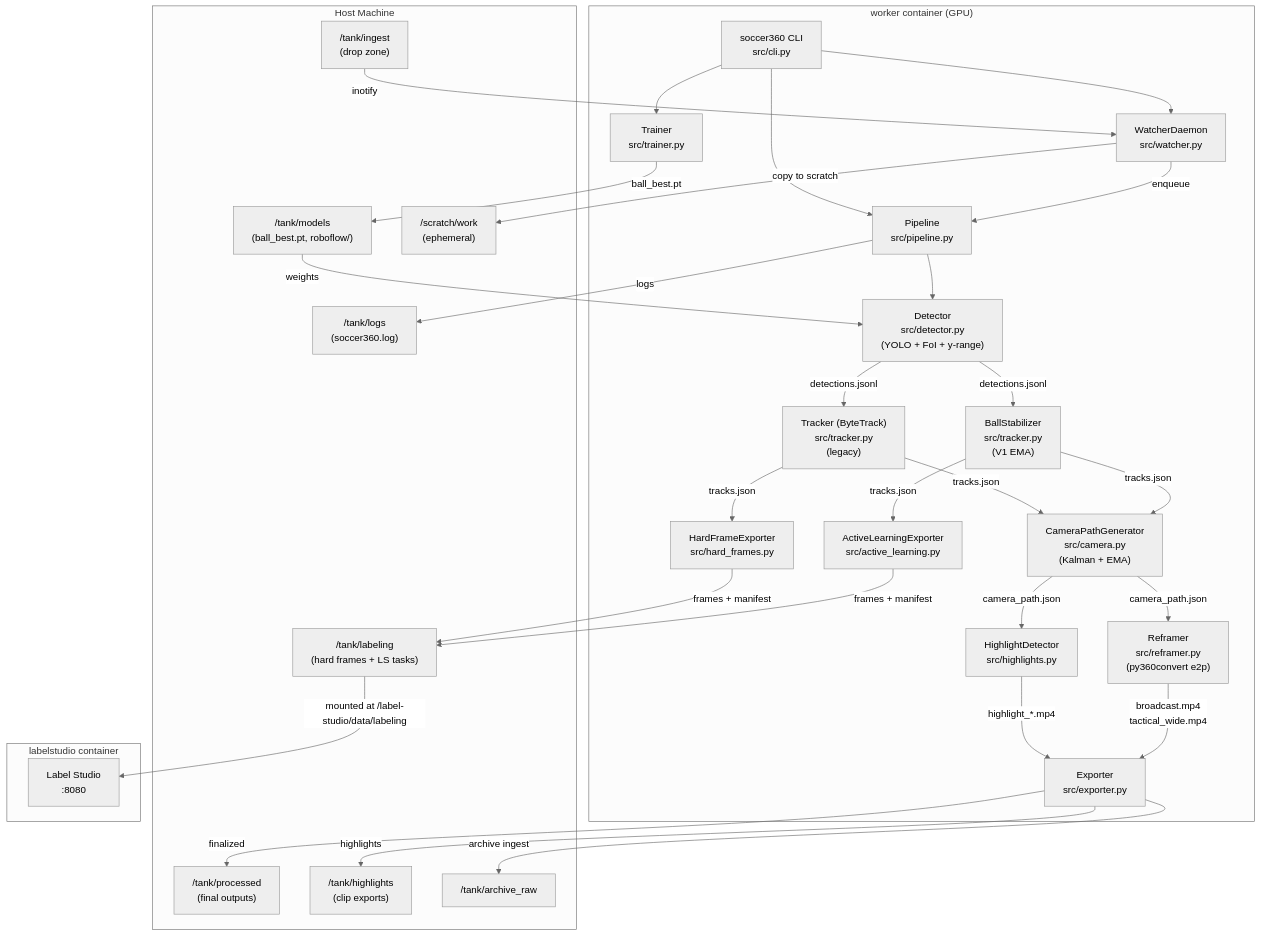
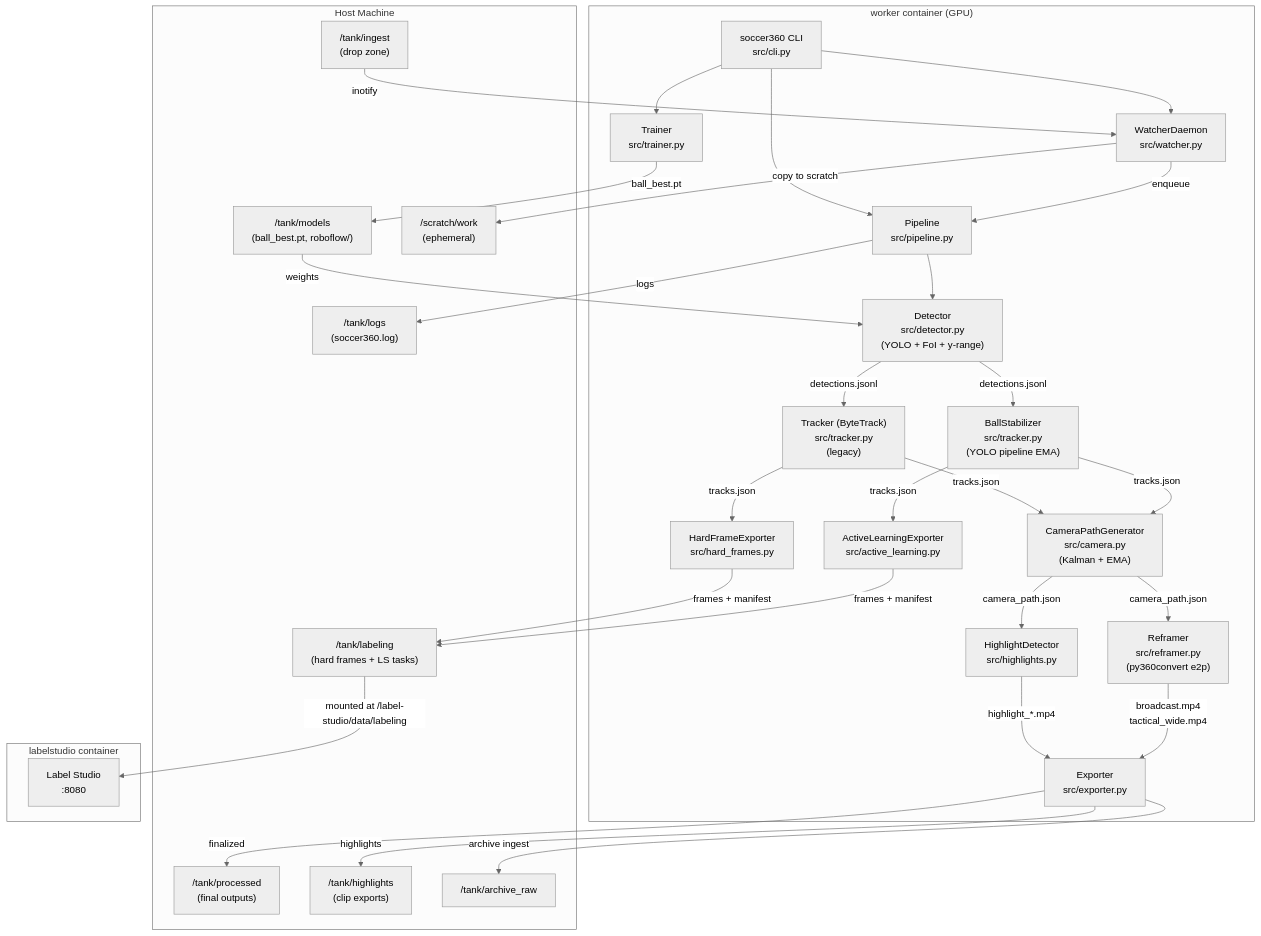
Before and after one commit to humac/soccer360: the first of 2 diagrams in docs/final_functional_review.md, drawn with Mermaid (neutral theme). The commit also changed other lines of this file and 8 other files, not shown here.

Commit message:
Rename V1 detection docs to YOLO Detection Pipeline

````diff
--- a/docs/final_functional_review.md
+++ b/docs/final_functional_review.md
@@ -107,62 +107,62 @@
 ```mermaid
 flowchart TB
     subgraph Host[Host Machine]
         ingest["/tank/ingest\n(drop zone)"]
         models["/tank/models\n(ball_best.pt, roboflow/)"]
         processed["/tank/processed\n(final outputs)"]
         highlights_vol["/tank/highlights\n(clip exports)"]
         labeling_vol["/tank/labeling\n(hard frames + LS tasks)"]
         archive["/tank/archive_raw"]
         logs["/tank/logs\n(soccer360.log)"]
         scratch["/scratch/work\n(ephemeral)"]
     end
 
     subgraph Worker["worker container (GPU)"]
         CLI["soccer360 CLI\nsrc/cli.py"]
         Watcher["WatcherDaemon\nsrc/watcher.py"]
         Pipeline["Pipeline\nsrc/pipeline.py"]
         Detector["Detector\nsrc/detector.py\n(YOLO + FoI + y-range)"]
-        StabilizerMod["BallStabilizer\nsrc/tracker.py\n(V1 EMA)"]
+        StabilizerMod["BallStabilizer\nsrc/tracker.py\n(YOLO pipeline EMA)"]
         TrackerMod["Tracker (ByteTrack)\nsrc/tracker.py\n(legacy)"]
         ALExporter["ActiveLearningExporter\nsrc/active_learning.py"]
         HFExporter["HardFrameExporter\nsrc/hard_frames.py"]
         Camera["CameraPathGenerator\nsrc/camera.py\n(Kalman + EMA)"]
         Reframer["Reframer\nsrc/reframer.py\n(py360convert e2p)"]
         Highlights["HighlightDetector\nsrc/highlights.py"]
         Exporter["Exporter\nsrc/exporter.py"]
         Trainer["Trainer\nsrc/trainer.py"]
     end
 
     subgraph LabelStudio["labelstudio container"]
         LS["Label Studio\n:8080"]
     end
 
     ingest -->|inotify| Watcher
     Watcher -->|copy to scratch| scratch
     Watcher -->|enqueue| Pipeline
     CLI --> Watcher
     CLI --> Pipeline
     CLI --> Trainer
 
     Pipeline --> Detector
     Detector -->|detections.jsonl| StabilizerMod
     Detector -->|detections.jsonl| TrackerMod
     StabilizerMod -->|tracks.json| ALExporter
     TrackerMod -->|tracks.json| HFExporter
     ALExporter -->|frames + manifest| labeling_vol
     HFExporter -->|frames + manifest| labeling_vol
     StabilizerMod -->|tracks.json| Camera
     TrackerMod -->|tracks.json| Camera
     Camera -->|camera_path.json| Reframer
     Reframer -->|broadcast.mp4\ntactical_wide.mp4| Exporter
     Camera -->|camera_path.json| Highlights
     Highlights -->|highlight_*.mp4| Exporter
     Exporter -->|finalized| processed
     Exporter -->|highlights| highlights_vol
     Exporter -->|archive ingest| archive
     Pipeline -->|logs| logs
 
     models -->|weights| Detector
     Trainer -->|ball_best.pt| models
     labeling_vol -->|mounted at /label-studio/data/labeling| LS
 ```
````
